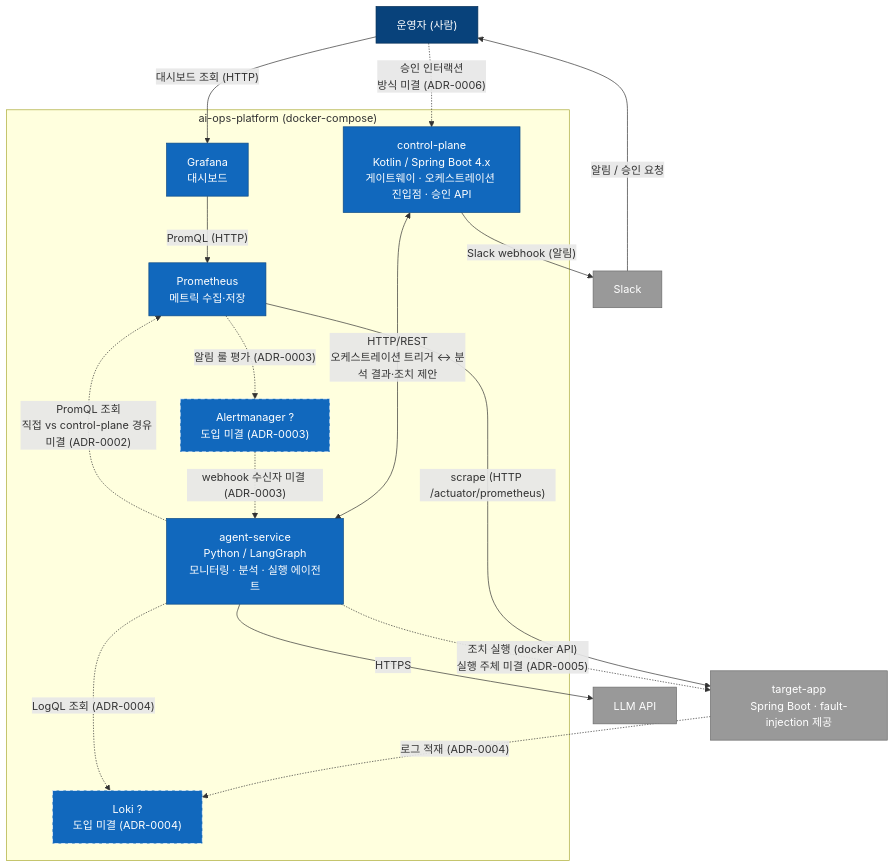
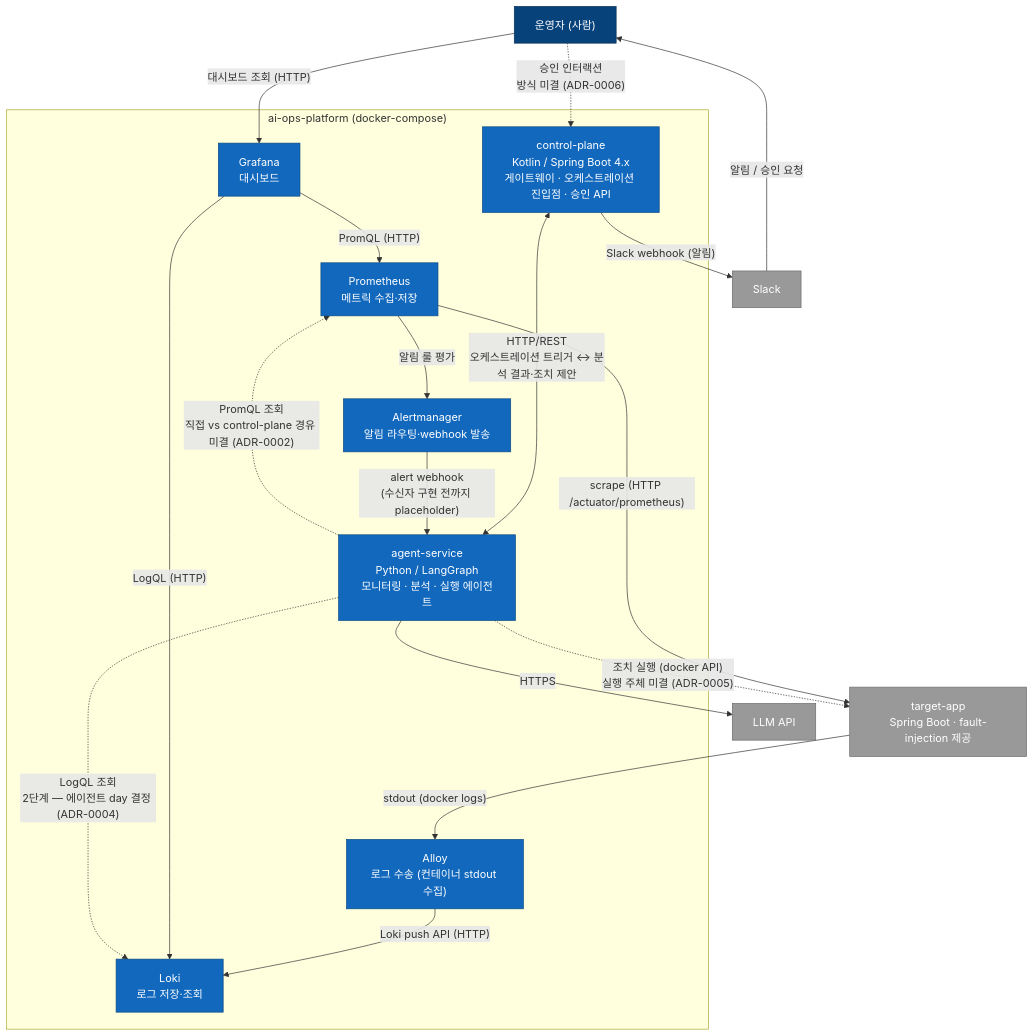
One commit to stillframe42/ai-ops-platform changed the second of 2 diagrams in docs/architecture.md. Above: the diagram before and after it, drawn with Mermaid. The commit also changed other lines of this file and 3 other files, not shown here.

Commit message:
docs: ADR-0003/0004 결정 및 설계 문서 반영 (Alertmanager 웹훅, Loki+Alloy 도입)

````diff
--- a/docs/architecture.md
+++ b/docs/architecture.md
@@ -36,43 +36,44 @@
 ```mermaid
 flowchart TB
     operator["운영자 (사람)"]
 
     subgraph platform["ai-ops-platform (docker-compose)"]
         cp["control-plane<br/>Kotlin / Spring Boot 4.x<br/>게이트웨이 · 오케스트레이션 진입점 · 승인 API"]
         agents["agent-service<br/>Python / LangGraph<br/>모니터링 · 분석 · 실행 에이전트"]
         prom["Prometheus<br/>메트릭 수집·저장"]
         graf["Grafana<br/>대시보드"]
-        am["Alertmanager ?<br/>도입 미결 (ADR-0003)"]
-        loki["Loki ?<br/>도입 미결 (ADR-0004)"]
+        am["Alertmanager<br/>알림 라우팅·webhook 발송"]
+        loki["Loki<br/>로그 저장·조회"]
+        alloy["Alloy<br/>로그 수송 (컨테이너 stdout 수집)"]
     end
 
     target["target-app<br/>Spring Boot · fault-injection 제공"]
     slack["Slack"]
     llm["LLM API"]
 
     prom -->|"scrape (HTTP /actuator/prometheus)"| target
     graf -->|"PromQL (HTTP)"| prom
     operator -->|"대시보드 조회 (HTTP)"| graf
 
     cp <-->|"HTTP/REST<br/>오케스트레이션 트리거 ↔ 분석 결과·조치 제안"| agents
     agents -->|"HTTPS"| llm
     cp -->|"Slack webhook (알림)"| slack
     slack -->|"알림 / 승인 요청"| operator
     operator -.->|"승인 인터랙션<br/>방식 미결 (ADR-0006)"| cp
 
     agents -.->|"PromQL 조회<br/>직접 vs control-plane 경유 미결 (ADR-0002)"| prom
-    prom -.->|"알림 룰 평가 (ADR-0003)"| am
-    am -.->|"webhook 수신자 미결 (ADR-0003)"| agents
-    target -.->|"로그 적재 (ADR-0004)"| loki
-    agents -.->|"LogQL 조회 (ADR-0004)"| loki
+    prom -->|"알림 룰 평가"| am
+    am -->|"alert webhook<br/>(수신자 구현 전까지 placeholder)"| agents
+    target -->|"stdout (docker logs)"| alloy
+    alloy -->|"Loki push API (HTTP)"| loki
+    graf -->|"LogQL (HTTP)"| loki
+    agents -.->|"LogQL 조회<br/>2단계 — 에이전트 day 결정 (ADR-0004)"| loki
     agents -.->|"조치 실행 (docker API)<br/>실행 주체 미결 (ADR-0005)"| target
 
     classDef person fill:#08427b,color:#fff,stroke:#052e56
     classDef container fill:#1168bd,color:#fff,stroke:#0b4884
     classDef external fill:#999,color:#fff,stroke:#6b6b6b
-    classDef undecided fill:#1168bd,color:#fff,stroke:#fff,stroke-dasharray:6 4
     class operator person
-    class cp,agents,prom,graf container
+    class cp,agents,prom,graf,am,loki,alloy container
     class target,slack,llm external
-    class am,loki undecided
 ```
````
